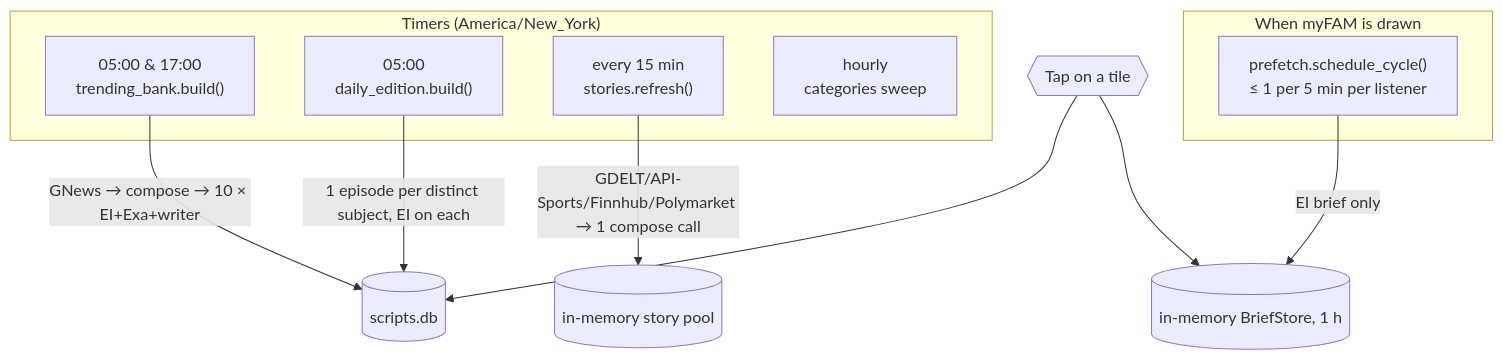
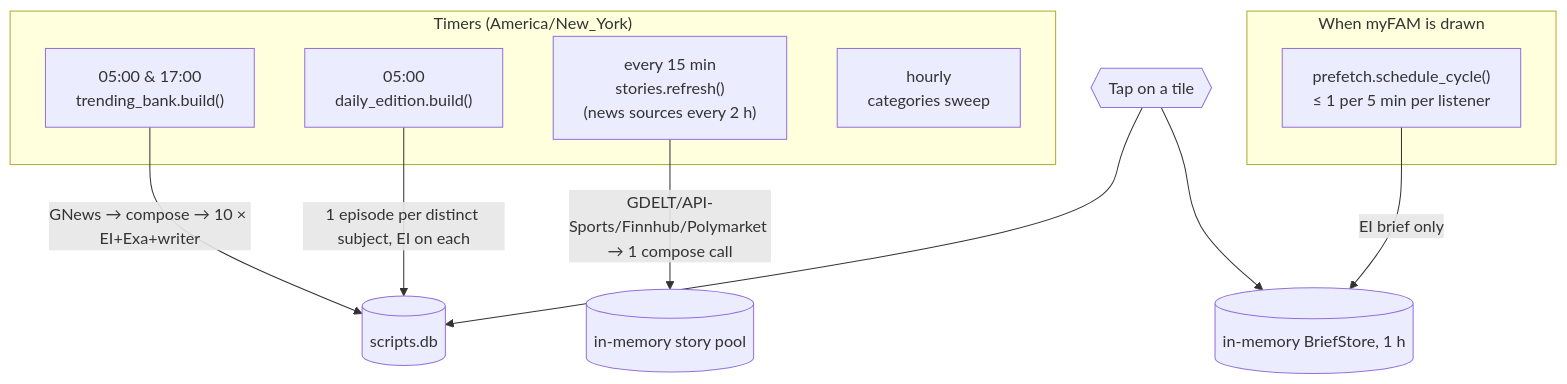
The third of 5 diagrams in docs/BACKEND.md (tjweingart-byte/FAM), drawn with Mermaid before and after one commit. The commit also changed other lines of this file and 12 other files, not shown here.

First line of the commit message:
Sports and markets every 15 minutes, news every two hours (§155)

````diff
--- a/docs/BACKEND.md
+++ b/docs/BACKEND.md
@@ -148,18 +148,18 @@
 ```mermaid
 flowchart TB
   subgraph Timers["Timers (America/New_York)"]
     T1["05:00 & 17:00<br/>trending_bank.build()"]
     T2["05:00<br/>daily_edition.build()"]
-    T3["every 15 min<br/>stories.refresh()"]
+    T3["every 15 min<br/>stories.refresh()<br/>(news sources every 2 h)"]
     T4["hourly<br/>categories sweep"]
   end
   subgraph OnView["When myFAM is drawn"]
     T5["prefetch.schedule_cycle()<br/>≤ 1 per 5 min per listener"]
   end
   T1 -->|GNews → compose → 10 × EI+Exa+writer| CACHE[(scripts.db)]
   T2 -->|1 episode per distinct subject, EI on each| CACHE
   T3 -->|GDELT/API-Sports/Finnhub/Polymarket → 1 compose call| POOL[(in-memory story pool)]
   T5 -->|EI brief only| BRIEFS[(in-memory BriefStore, 1 h)]
   TAP{{Tap on a tile}} --> CACHE
   TAP --> BRIEFS
 ```
````
